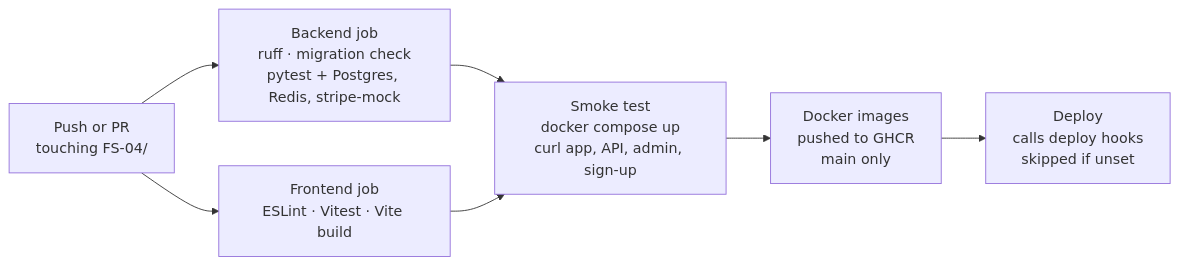
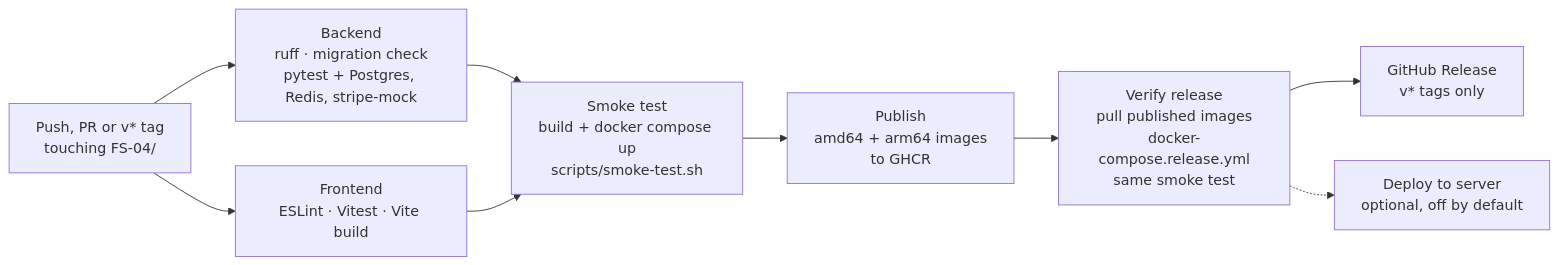
The diagram in FS-04/docs/11-devops.md (Adarsh619/Rout_Adarsh_Pradhan_Capstone_Projects), drawn with Mermaid before and after one commit. The commit also changed other lines of this file and 7 other files, not shown here.

First line of the commit message:
ci: deploy verified, versioned releases to GHCR with one-command runs

````diff
--- a/FS-04/docs/11-devops.md
+++ b/FS-04/docs/11-devops.md
@@ -44,9 +44,11 @@
 ```mermaid
 flowchart LR
-  T[Push or PR<br/>touching FS-04/] --> BE[Backend job<br/>ruff · migration check<br/>pytest + Postgres, Redis, stripe-mock]
-  T --> FE[Frontend job<br/>ESLint · Vitest · Vite build]
-  BE --> SM[Smoke test<br/>docker compose up<br/>curl app, API, admin, sign-up]
+  T[Push, PR or v* tag<br/>touching FS-04/] --> BE[Backend<br/>ruff · migration check<br/>pytest + Postgres, Redis, stripe-mock]
+  T --> FE[Frontend<br/>ESLint · Vitest · Vite build]
+  BE --> SM[Smoke test<br/>build + docker compose up<br/>scripts/smoke-test.sh]
   FE --> SM
-  SM --> IMG[Docker images<br/>pushed to GHCR<br/>main only]
-  IMG --> DEP[Deploy<br/>calls deploy hooks<br/>skipped if unset]
+  SM --> PUB[Publish<br/>amd64 + arm64 images<br/>to GHCR]
+  PUB --> VR[Verify release<br/>pull published images<br/>docker-compose.release.yml<br/>same smoke test]
+  VR --> REL[GitHub Release<br/>v* tags only]
+  VR -.-> SRV[Deploy to server<br/>optional, off by default]
 ```
````
